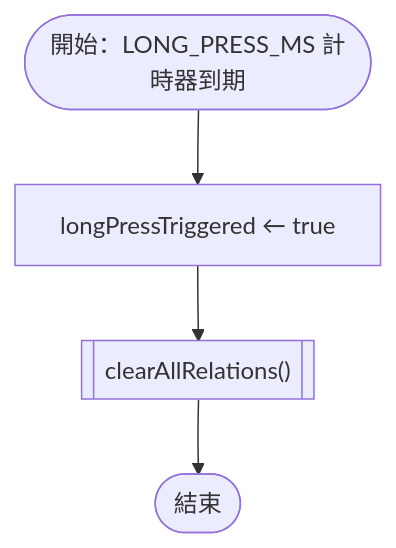
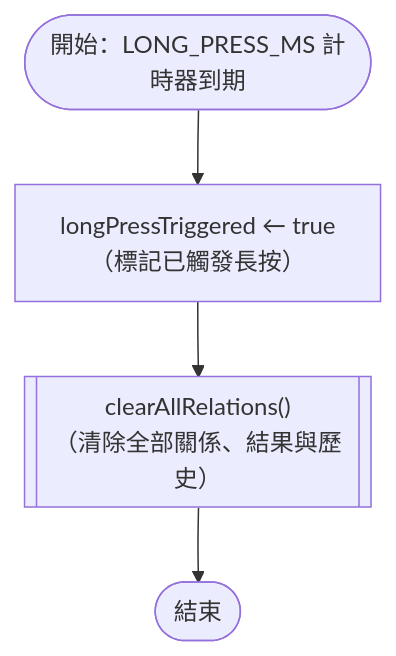
One commit to Chuen666666/hw3 changed the ninth of 29 diagrams in README.md. Above: the diagram before and after it, drawn with Mermaid. The commit also changed other lines of this file and 1 other file, not shown here.

Commit message:
補充流程圖程式碼中文說明

````diff
--- a/README.md
+++ b/README.md
@@ -114,6 +114,6 @@
 ```mermaid
 flowchart TD
-    START(["開始：LONG_PRESS_MS 計時器到期"]) --> FLAG["longPressTriggered ← true"]
-    FLAG --> CLEAR[["clearAllRelations()"]]
+    START(["開始：LONG_PRESS_MS 計時器到期"]) --> FLAG["longPressTriggered ← true<br/>（標記已觸發長按）"]
+    FLAG --> CLEAR[["clearAllRelations()<br/>（清除全部關係、結果與歷史）"]]
     CLEAR --> END(["結束"])
 ```
````
